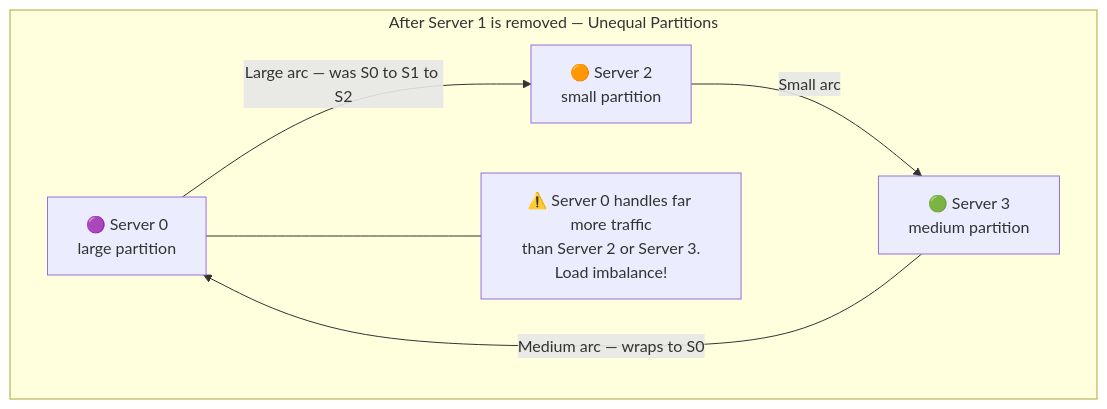
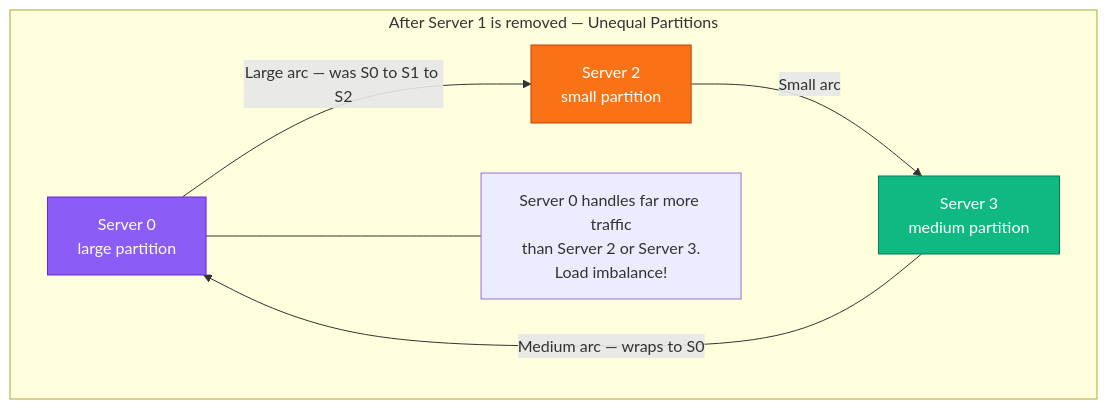
The ninth of 23 diagrams in content/posts/2026/design-consistent-hashing.md (devops-monk/system-design-blog), drawn with Mermaid before and after one commit. The commit also changed other lines of this file and 5 other files, not shown here.

````diff
--- a/content/posts/2026/design-consistent-hashing.md
+++ b/content/posts/2026/design-consistent-hashing.md
@@ -327,15 +352,18 @@
 ```mermaid
 graph LR
     subgraph UNEQUAL["After Server 1 is removed — Unequal Partitions"]
         direction LR
-        S0["🟣 Server 0\nlarge partition"]
-        S2["🟠 Server 2\nsmall partition"]
-        S3["🟢 Server 3\nmedium partition"]
-        WARN["⚠️ Server 0 handles far more traffic\nthan Server 2 or Server 3.\nLoad imbalance!"]
+        S0["Server 0\nlarge partition"]
+        S2["Server 2\nsmall partition"]
+        S3["Server 3\nmedium partition"]
+        WARN["Server 0 handles far more traffic\nthan Server 2 or Server 3.\nLoad imbalance!"]
         
         S0 -->|"Large arc — was S0 to S1 to S2"| S2
         S2 -->|"Small arc"| S3
         S3 -->|"Medium arc — wraps to S0"| S0
         S0 --- WARN
     end
+    style S0 fill:#8B5CF6,stroke:#6D28D9,color:#fff
+    style S2 fill:#F97316,stroke:#C2410C,color:#fff
+    style S3 fill:#10B981,stroke:#047857,color:#fff
 ```
````
